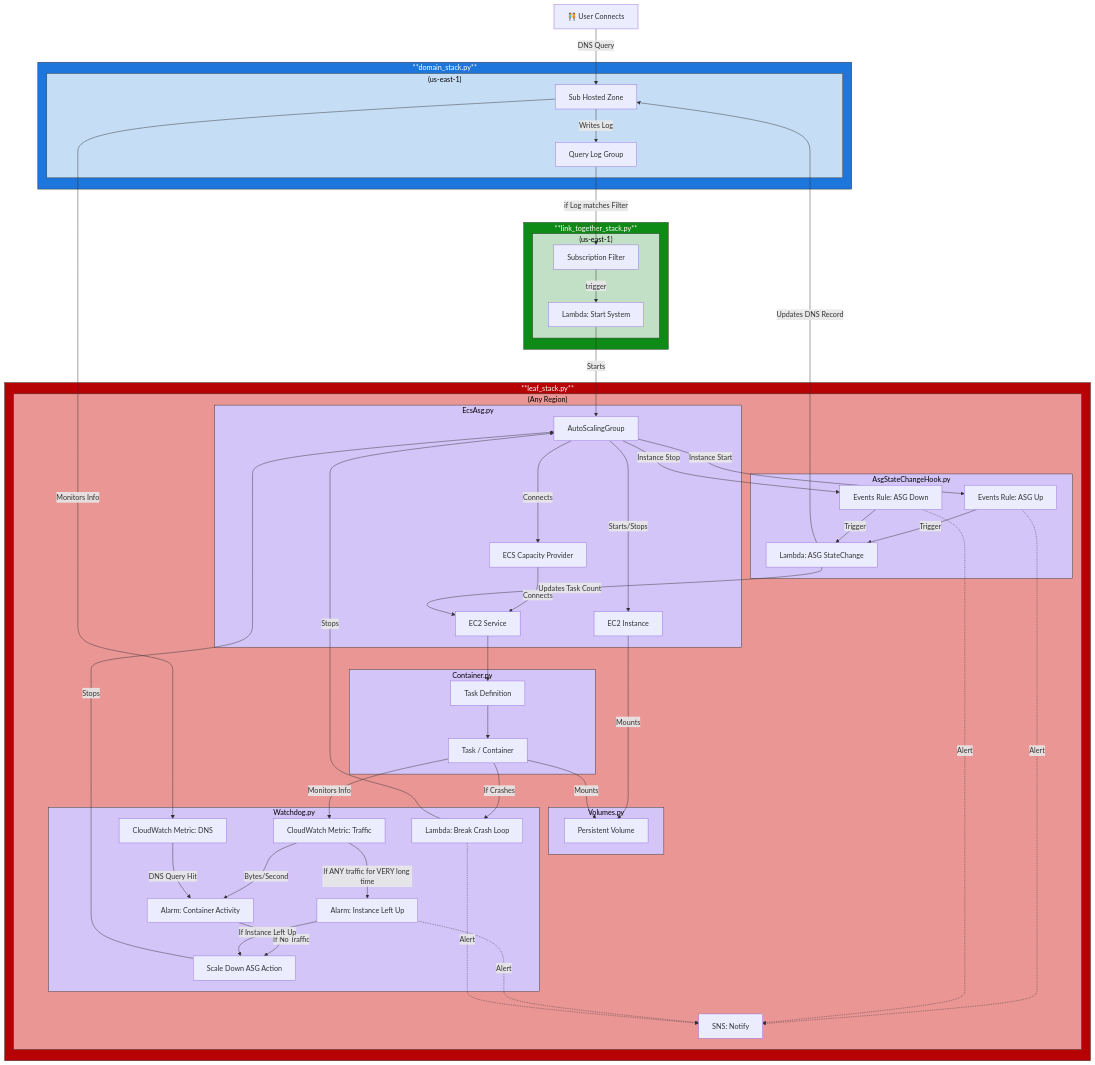
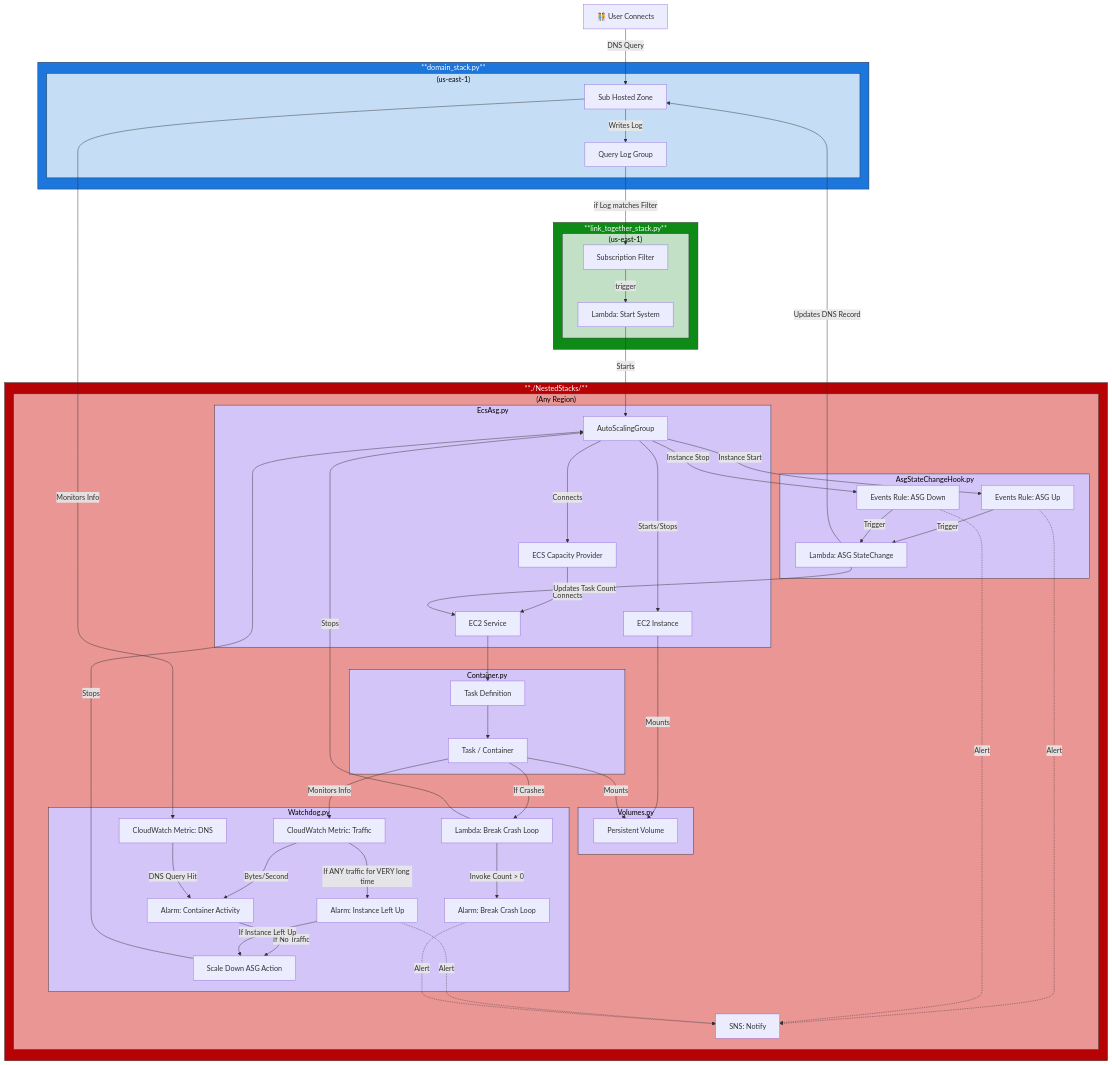
One commit to Cameronsplaze/AWS-ContainerManager changed the diagram in ContainerManager/leaf_stack/README.md. Above: the diagram before and after it, drawn with Mermaid. The commit also changed other lines of this file and 1 other file, not shown here.

````diff
--- a/ContainerManager/leaf_stack/README.md
+++ b/ContainerManager/leaf_stack/README.md
@@ -51,8 +51,8 @@
     query-log-group --" if Log matches Filter "--> subscription-filter
 
     %% LEAF STACK SUBGRAPH
-    subgraph leaf_stack["**leaf_stack.py**"]
-        subgraph leaf_stack_inner["(Any Region)"]
+    subgraph nested_stacks["**./NestedStacks/**"]
+        subgraph nested_stacks_inner["(Any Region)"]
             sns-notify[SNS: Notify]
 
             subgraph EcsAsg.py
@@ -108,12 +108,14 @@
                 alarm-container-activity[Alarm: Container Activity]
                 alarm-instance-up[Alarm: Instance Left Up]
                 lambda-break-crash-loop[Lambda: Break Crash Loop]
+                alarm-break-crash-loop[Alarm: Break Crash Loop]
 
                 metric-traffic-in --" Bytes/Second "--> alarm-container-activity
                 metric-traffic-dns --" DNS Query Hit "--> alarm-container-activity
                 alarm-container-activity --" If No Traffic "--> scale-down-asg-action
                 metric-traffic-in --" If ANY traffic for VERY long time "--> alarm-instance-up
                 alarm-instance-up --" If Instance Left Up "--> scale-down-asg-action
+                lambda-break-crash-loop --" Invoke Count > 0 "--> alarm-break-crash-loop
             end
             class Watchdog.py purple
             sub-hosted-zone --" Monitors Info "--> metric-traffic-dns
@@ -122,10 +124,10 @@
             alarm-instance-up -." Alert "..-> sns-notify
             container --" If Crashes "--> lambda-break-crash-loop
             lambda-break-crash-loop --" Stops "--> Asg
-            lambda-break-crash-loop -." Alert "..-> sns-notify
+            alarm-break-crash-loop -." Alert "..-> sns-notify
         end
     end
-    class leaf_stack red_outer
-    class leaf_stack_inner red_inner
+    class nested_stacks red_outer
+    class nested_stacks_inner red_inner
     lambda-start-system --" Starts "--> Asg
 ```
````
